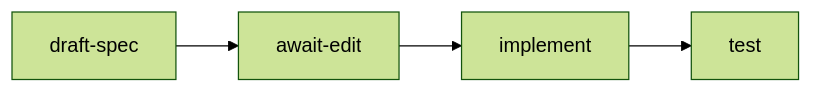
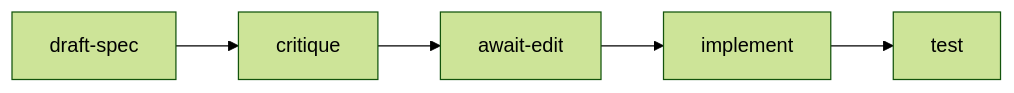
Before and after one commit to H3xept/smithers-presentation: the diagram in examples/todo-cli/DEMO.md, drawn with Mermaid (forest theme). The commit also changed other lines of this file and 7 other files, not shown here.

````diff
--- a/examples/todo-cli/DEMO.md
+++ b/examples/todo-cli/DEMO.md
@@ -20,6 +21,7 @@
 ```mermaid
 graph LR
-  A[draft-spec] --> B[await-edit]
+  A[draft-spec] --> R[critique]
+  R --> B[await-edit]
   B --> C[implement]
   C --> D[test]
 ```
````
